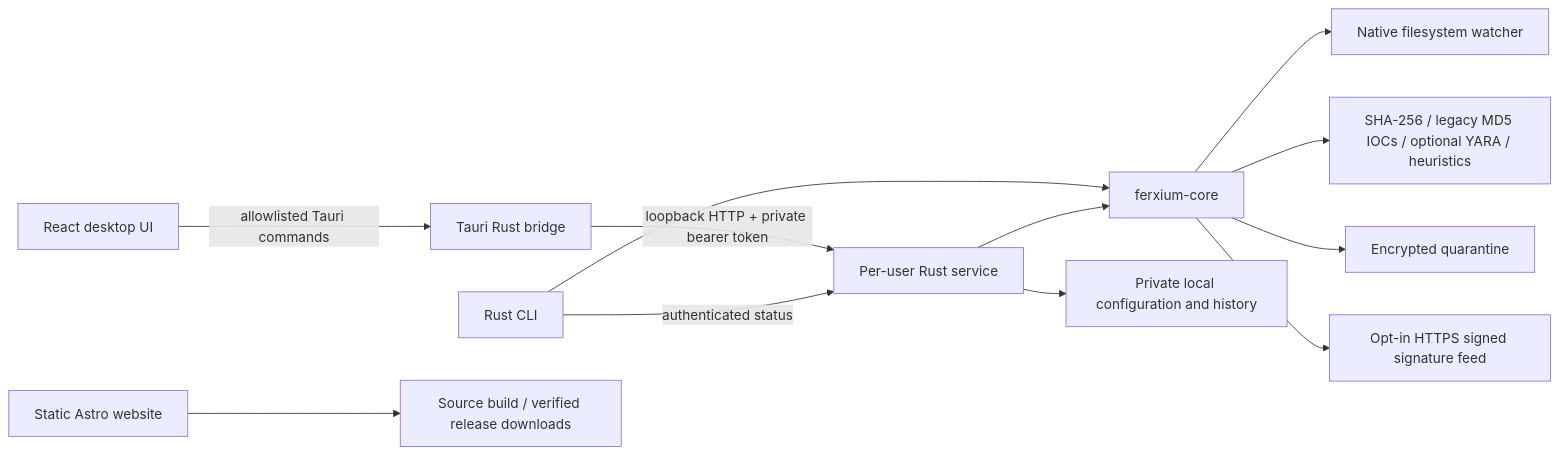
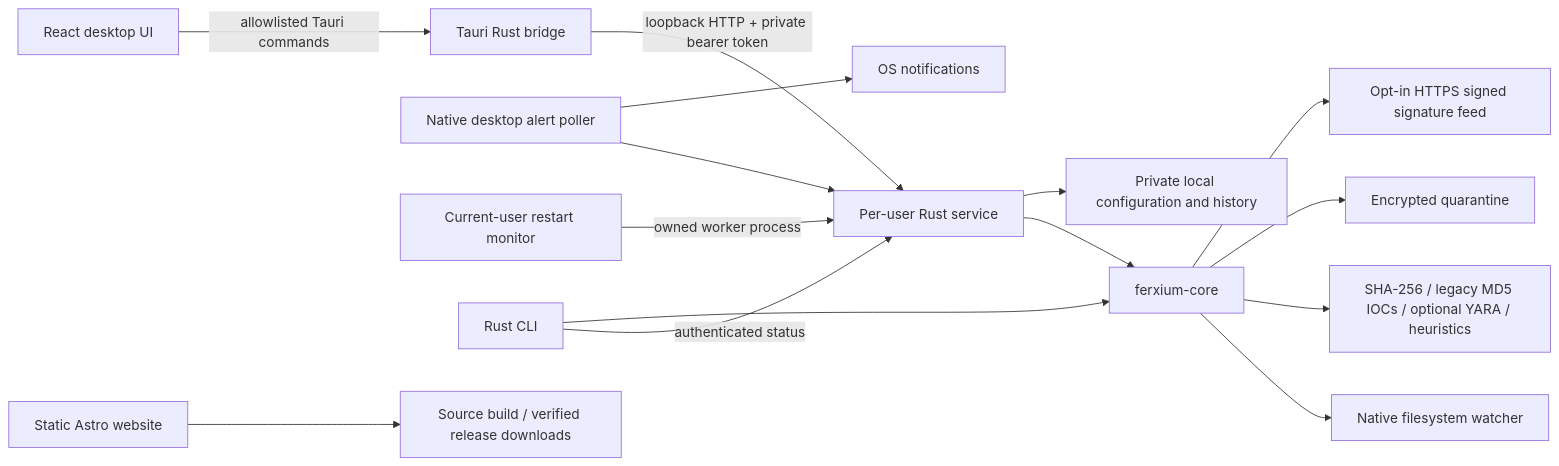
The diagram in README.md (Mythrax-ZS/Ferxium), drawn with Mermaid before and after one commit. The commit also changed other lines of this file and 45 other files, not shown here.

````diff
--- a/README.md
+++ b/README.md
@@ -39,14 +41,17 @@
 ```mermaid
 flowchart LR
   UI[React desktop UI] -->|allowlisted Tauri commands| Bridge[Tauri Rust bridge]
   Bridge -->|loopback HTTP + private bearer token| Service[Per-user Rust service]
+  Agent[Native desktop alert poller] --> Service
+  Agent --> Alerts[OS notifications]
+  Supervisor[Current-user restart monitor] -->|owned worker process| Service
   CLI[Rust CLI] -->|authenticated status| Service
   CLI --> Core[ferxium-core]
   Service --> Core
   Core --> Watch[Native filesystem watcher]
   Core --> Detect[SHA-256 / legacy MD5 IOCs / optional YARA / heuristics]
   Core --> Vault[Encrypted quarantine]
   Core --> Feed[Opt-in HTTPS signed signature feed]
   Service --> State[Private local configuration and history]
   Web[Static Astro website] --> Build[Source build / verified release downloads]
 ```
````
